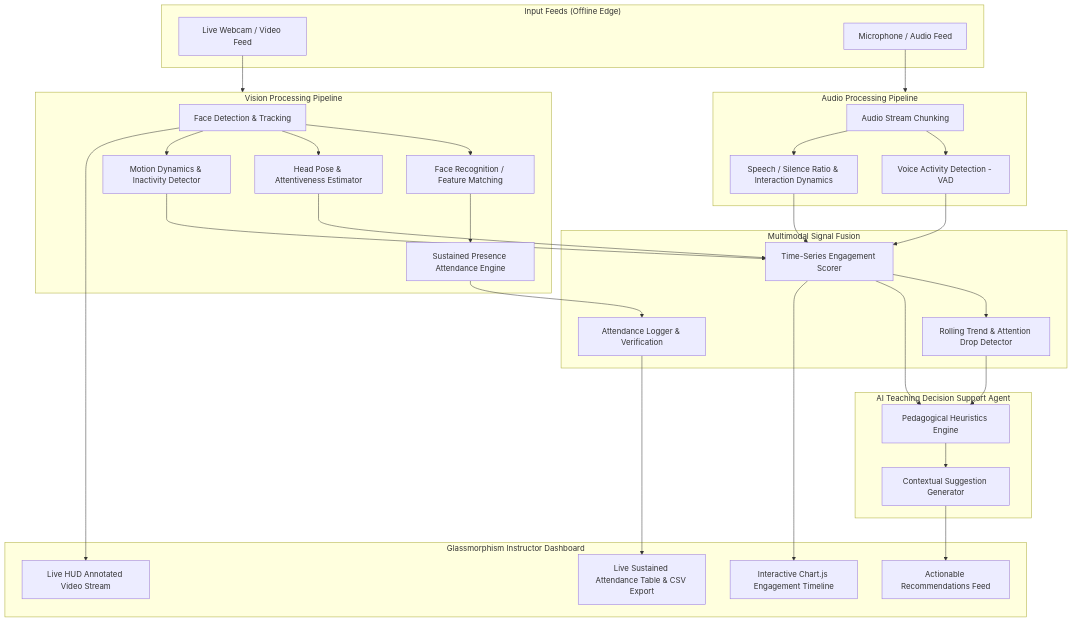
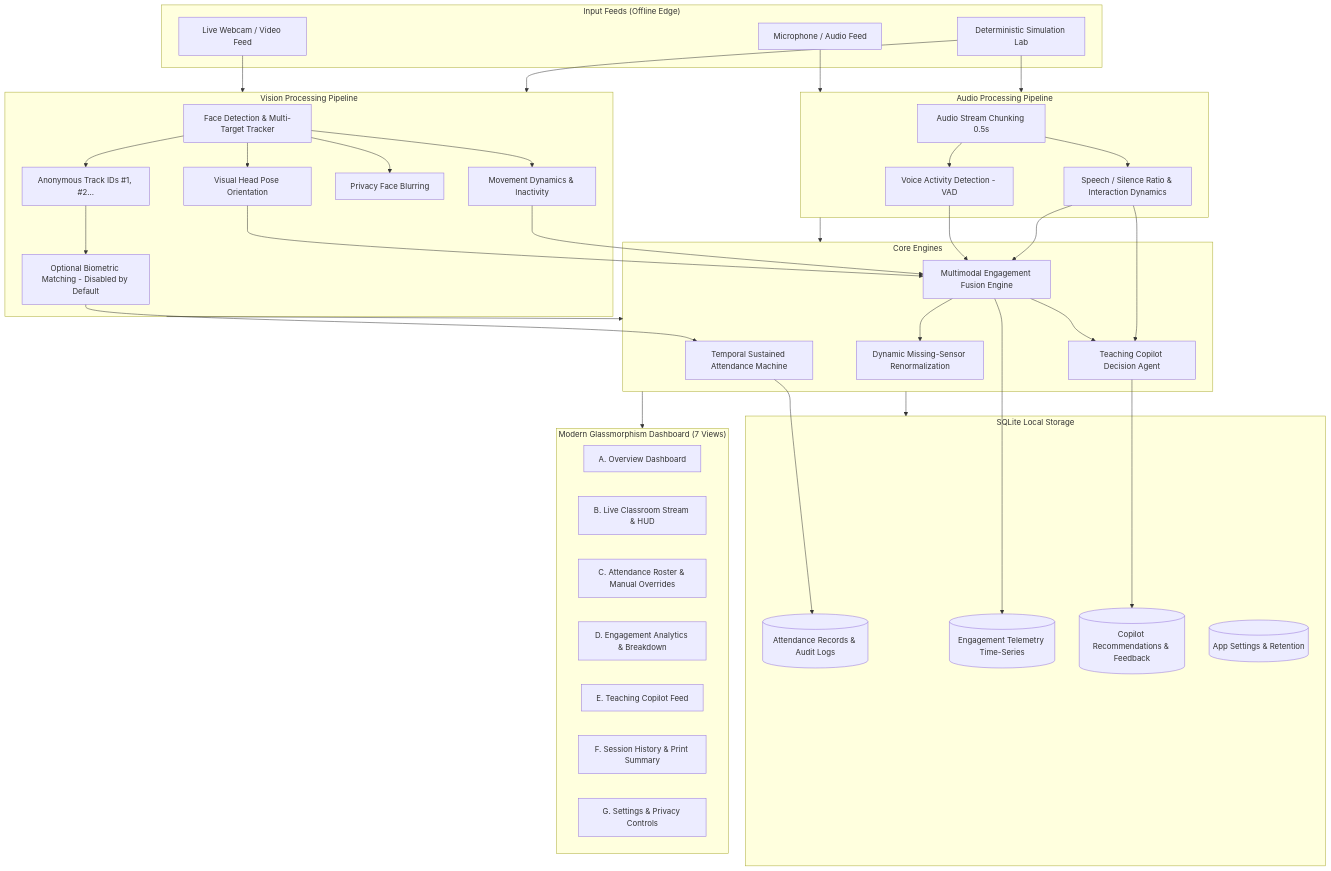
The diagram in README.md (sidhatva/ClassMind), drawn with Mermaid before and after one commit. The commit also changed other lines of this file and 41 other files, not shown here.

Commit message:
feat: complete multimodal attendance & engagement agent implementation with APIs, tests, and documentation

````diff
--- a/README.md
+++ b/README.md
@@ -38,41 +50,53 @@
 ```mermaid
 flowchart TD
     subgraph Inputs ["Input Feeds (Offline Edge)"]
         A1[Live Webcam / Video Feed]
         A2[Microphone / Audio Feed]
+        A3[Deterministic Simulation Lab]
     end
 
     subgraph VisionPipeline ["Vision Processing Pipeline"]
-        B1[Face Detection & Tracking] --> B2[Face Recognition / Feature Matching]
-        B2 --> B3[Sustained Presence Attendance Engine]
-        B1 --> B4[Head Pose & Attentiveness Estimator]
-        B1 --> B5[Motion Dynamics & Inactivity Detector]
+        B1[Face Detection & Multi-Target Tracker] --> B2[Anonymous Track IDs #1, #2...]
+        B2 --> B3[Optional Biometric Matching - Disabled by Default]
+        B1 --> B4[Visual Head Pose Orientation]
+        B1 --> B5[Movement Dynamics & Inactivity]
+        B1 --> B6[Privacy Face Blurring]
     end
 
     subgraph AudioPipeline ["Audio Processing Pipeline"]
-        C1[Audio Stream Chunking]
+        C1[Audio Stream Chunking 0.5s]
         C1 --> C2[Voice Activity Detection - VAD]
         C1 --> C3[Speech / Silence Ratio & Interaction Dynamics]
     end
 
-    subgraph FusionEngine ["Multimodal Signal Fusion"]
-        B3 --> D1[Attendance Logger & Verification]
-        B4 & B5 & C2 & C3 --> D2[Time-Series Engagement Scorer]
-        D2 --> D3[Rolling Trend & Attention Drop Detector]
+    subgraph EngineLayer ["Core Engines"]
+        B3 --> D1[Temporal Sustained Attendance Machine]
+        B4 & B5 & C2 & C3 --> D2[Multimodal Engagement Fusion Engine]
+        D2 --> D3[Dynamic Missing-Sensor Renormalization]
+        D2 & C3 --> D4[Teaching Copilot Decision Agent]
     end
 
-    subgraph AgentLayer ["AI Teaching Decision Support Agent"]
-        D2 & D3 --> E1[Pedagogical Heuristics Engine]
-        E1 --> E2[Contextual Suggestion Generator]
+    subgraph Persistence ["SQLite Local Storage"]
+        D1 --> E1[(Attendance Records & Audit Logs)]
+        D2 --> E2[(Engagement Telemetry Time-Series)]
+        D4 --> E3[(Copilot Recommendations & Feedback)]
+        E4[(App Settings & Retention)]
     end
 
-    subgraph UI ["Glassmorphism Instructor Dashboard"]
-        D1 --> F1[Live Sustained Attendance Table & CSV Export]
-        D2 --> F2[Interactive Chart.js Engagement Timeline]
-        E2 --> F3[Actionable Recommendations Feed]
-        B1 --> F4[Live HUD Annotated Video Stream]
+    subgraph UI ["Modern Glassmorphism Dashboard (7 Views)"]
+        F1[A. Overview Dashboard]
+        F2[B. Live Classroom Stream & HUD]
+        F3[C. Attendance Roster & Manual Overrides]
+        F4[D. Engagement Analytics & Breakdown]
+        F5[E. Teaching Copilot Feed]
+        F6[F. Session History & Print Summary]
+        F7[G. Settings & Privacy Controls]
     end
 
-    A1 --> VisionPipeline
-    A2 --> AudioPipeline
+    A1 & A3 --> VisionPipeline
+    A2 & A3 --> AudioPipeline
+    VisionPipeline --> EngineLayer
+    AudioPipeline --> EngineLayer
+    EngineLayer --> Persistence
+    EngineLayer --> UI
 ```
````
